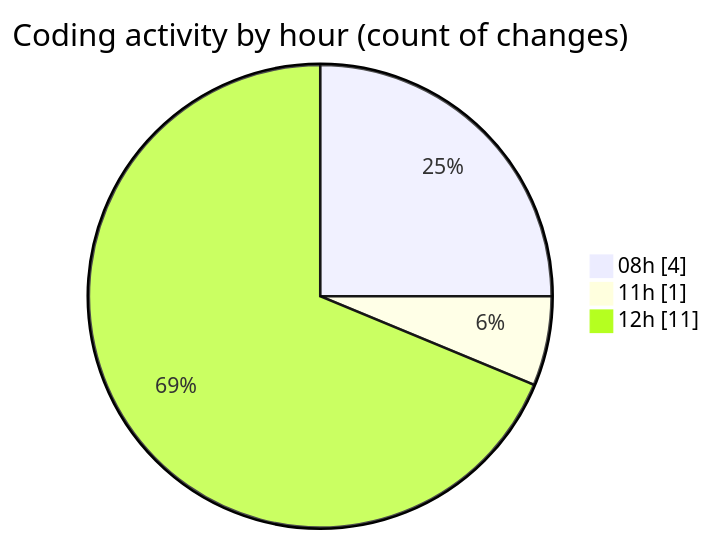
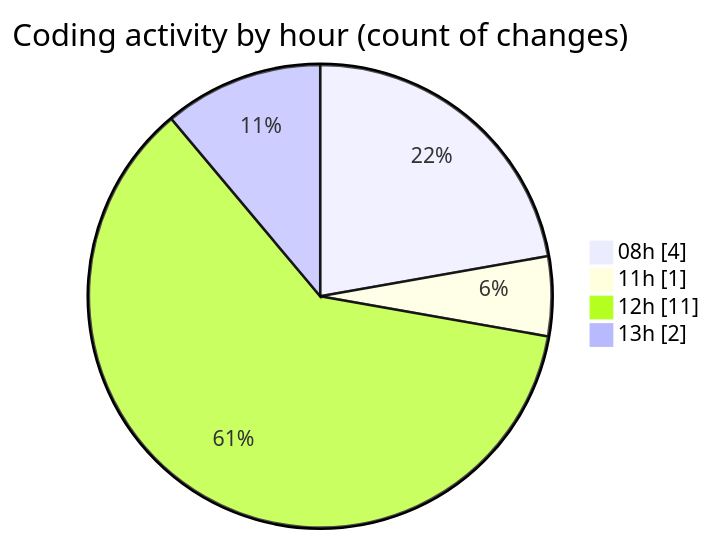
One commit to Elitesun/code-tracking changed the second of 2 diagrams in 2025-02-10/react_ecom/README.md. Above: the diagram before and after it, drawn with Mermaid. The commit also changed other lines of this file and 1 other file, not shown here.

````diff
--- a/2025-02-10/react_ecom/README.md
+++ b/2025-02-10/react_ecom/README.md
@@ -34,7 +34,8 @@
 ```mermaid
 pie showData
 title Coding activity by hour (count of changes)
 "08h" : 4
 "11h" : 1
 "12h" : 11
+"13h" : 2
 ```
````
